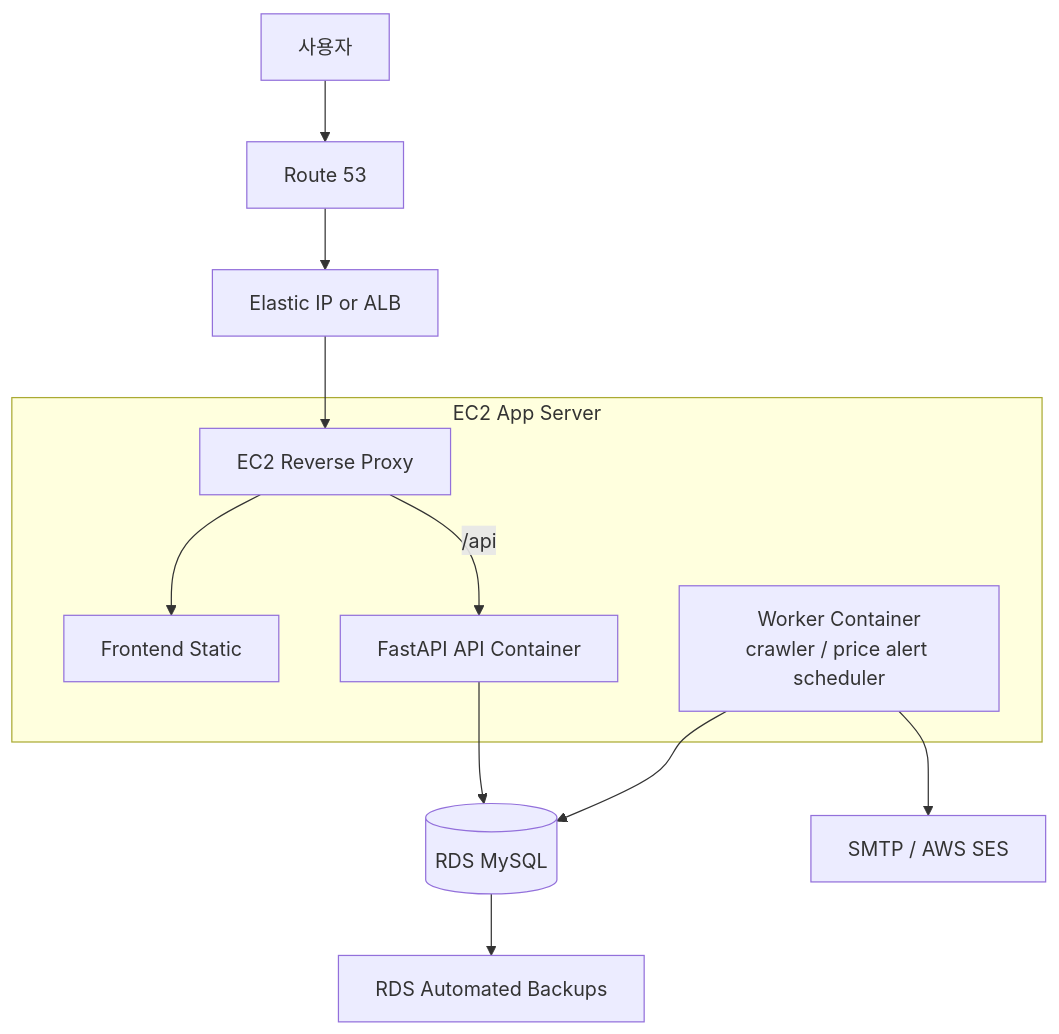
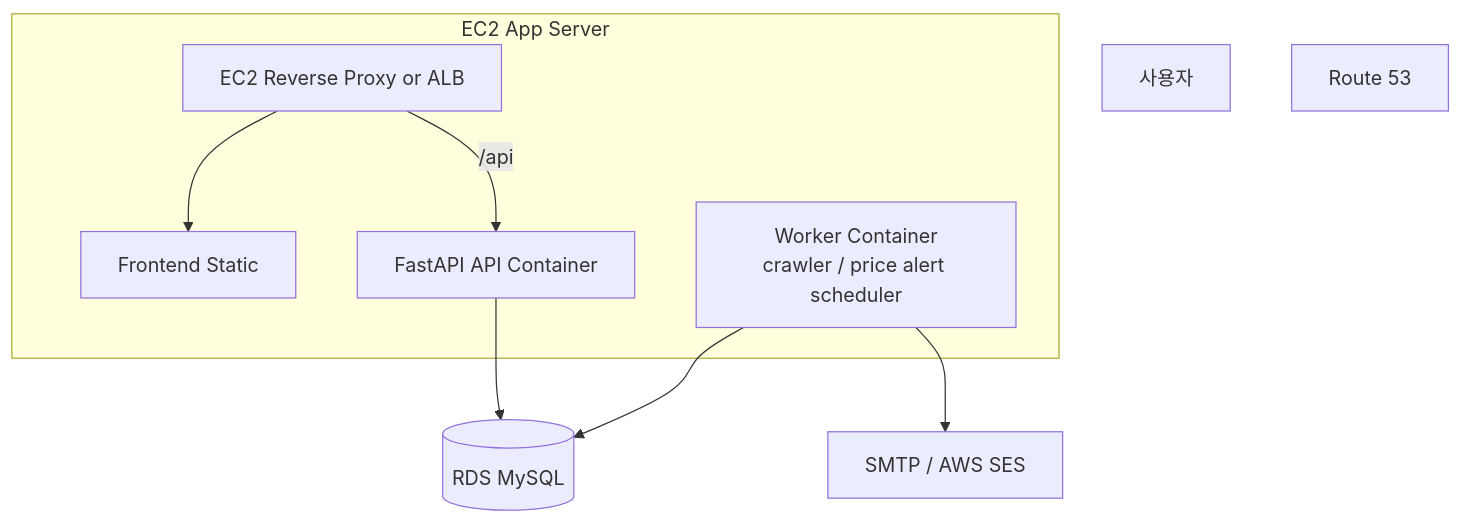
Before and after one commit to seatosky2002/HowMuchApple: the third of 4 diagrams in README.md, drawn with Mermaid. The commit also changed other lines of this file, not shown here.

Commit message:
docs: refine README crawling and schema notes

````diff
--- a/README.md
+++ b/README.md
@@ -132,20 +84,16 @@
 ```mermaid
 flowchart TD
     User[사용자]
     DNS[Route 53]
-    EIP[Elastic IP or ALB]
-    Proxy[EC2 Reverse Proxy]
+    Proxy[EC2 Reverse Proxy or ALB]
 
     subgraph EC2["EC2 App Server"]
         Proxy --> Frontend[Frontend Static]
         Proxy -->|/api| API[FastAPI API Container]
         Worker[Worker Container<br/>crawler / price alert scheduler]
     end
 
     API --> RDS[(RDS MySQL)]
     Worker --> RDS
     Worker --> SMTP[SMTP / AWS SES]
-    RDS --> Backup[RDS Automated Backups]
-
-    User --> DNS --> EIP --> Proxy
 ```
````
